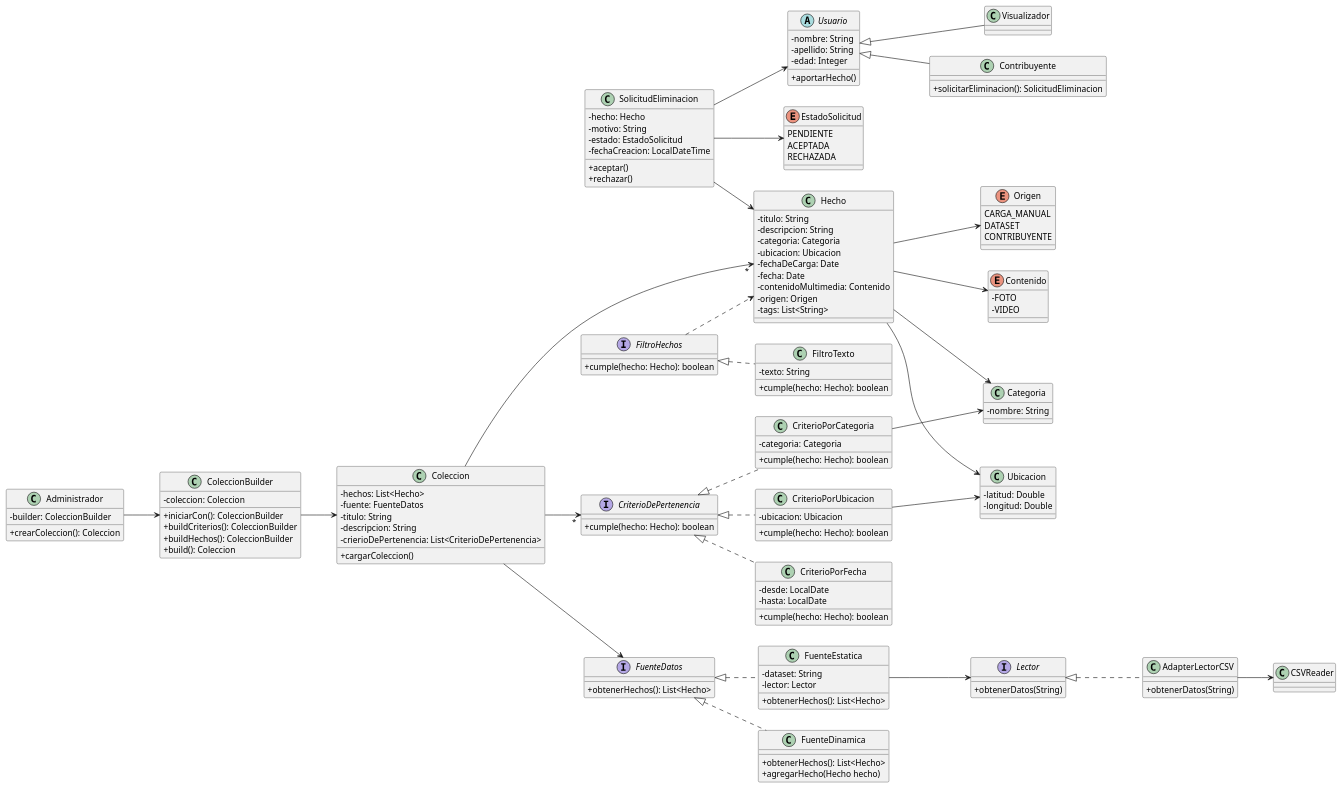
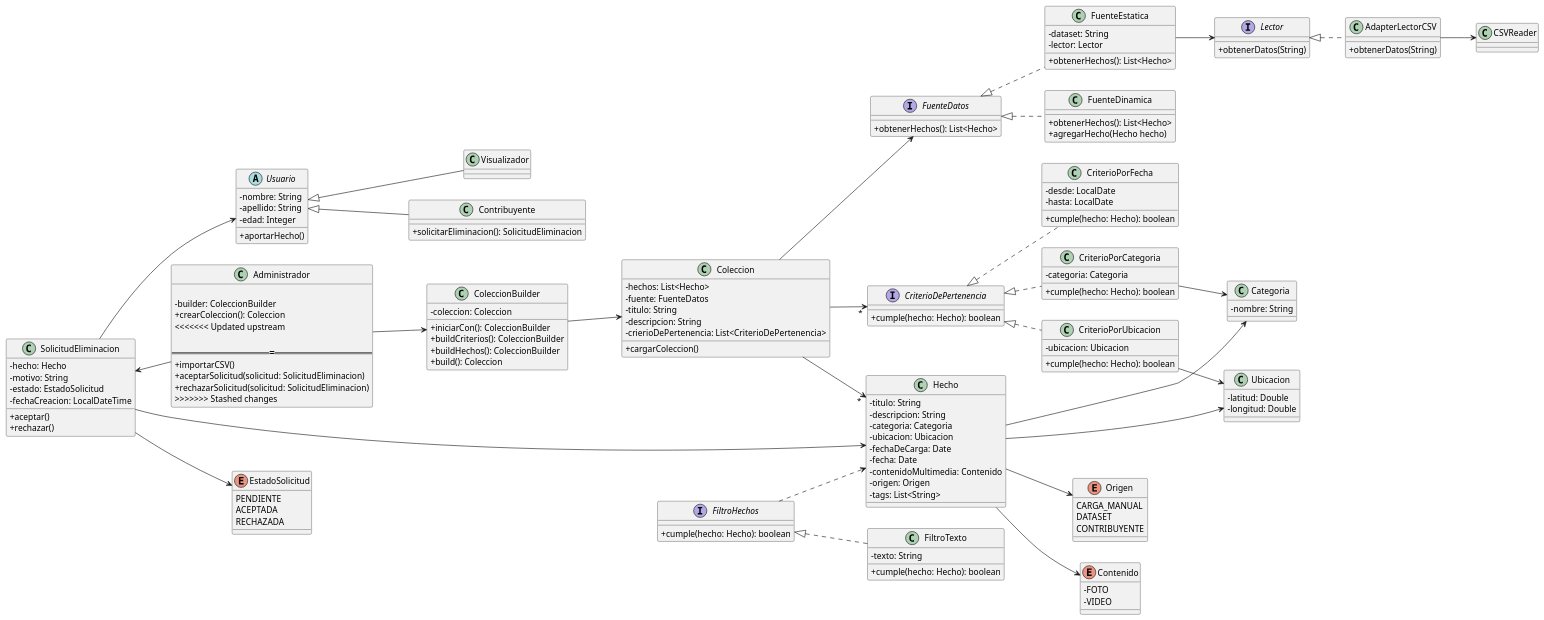
One commit to nicofernandez17/backend-arquitectura-limpia changed the diagram in Diagrams/DC_V3.puml. Above: the diagram before and after it, drawn with PlantUML. The commit also changed 5 other files, not shown here.

```diff
--- a/Diagrams/DC_V3.puml
+++ b/Diagrams/DC_V3.puml
@@ -1,187 +1,193 @@
 @startuml
 left to right direction
 skinparam classAttributeIconSize 0
 
 '---------------------- Usuarios ----------------------
 abstract class Usuario {
     -nombre: String
     -apellido: String
     -edad: Integer
     +aportarHecho()
 }
 
 class Visualizador extends Usuario {
 
 }
 
 class Contribuyente extends Usuario {
     +solicitarEliminacion(): SolicitudEliminacion
 }
 
 class Administrador {
 
     -builder: ColeccionBuilder
     +crearColeccion(): Coleccion
+<<<<<<< Updated upstream
 
+=======
+    +importarCSV()
+    +aceptarSolicitud(solicitud: SolicitudEliminacion)
+    +rechazarSolicitud(solicitud: SolicitudEliminacion)
+>>>>>>> Stashed changes
 }
 
 
 Administrador --> ColeccionBuilder
 ColeccionBuilder --> Coleccion
 
 
 
 '---------------------- Solicitud Eliminación ----------------------
 class SolicitudEliminacion {
     -hecho: Hecho
     -motivo: String
     -estado: EstadoSolicitud
     -fechaCreacion: LocalDateTime
 
     +aceptar()
     +rechazar()
 }
 
 enum EstadoSolicitud {
     PENDIENTE
     ACEPTADA
     RECHAZADA
 }
 
 SolicitudEliminacion --> Usuario
 SolicitudEliminacion --> Hecho
 SolicitudEliminacion --> EstadoSolicitud
-
+SolicitudEliminacion <-- Administrador
 
 '---------------------- Colecciones ----------------------
 class Coleccion {
     -hechos: List<Hecho>
     -fuente: FuenteDatos
     -titulo: String
     -descripcion: String
     -crierioDePertenencia: List<CriterioDePertenencia>
 
     +cargarColeccion()
 
 }
 
 class ColeccionBuilder {
 
     -coleccion: Coleccion
     +iniciarCon(): ColeccionBuilder
     +buildCriterios(): ColeccionBuilder
     +buildHechos(): ColeccionBuilder
     +build(): Coleccion
 
 }
 
 interface CriterioDePertenencia {
     +cumple(hecho: Hecho): boolean
 }
 
 class CriterioPorUbicacion implements CriterioDePertenencia {
     -ubicacion: Ubicacion
     +cumple(hecho: Hecho): boolean
 }
 
 class CriterioPorFecha implements CriterioDePertenencia {
     -desde: LocalDate
     -hasta: LocalDate
     +cumple(hecho: Hecho): boolean
 }
 
 class CriterioPorCategoria implements CriterioDePertenencia {
     -categoria: Categoria
     +cumple(hecho: Hecho): boolean
 }
 
 Coleccion --> "*" Hecho
 Coleccion --> FuenteDatos
 Coleccion --> "*" CriterioDePertenencia
 CriterioPorCategoria --> Categoria
 CriterioPorUbicacion --> Ubicacion
 
 '---------------------- Hechos ----------------------
 class Hecho {
     -titulo: String
     -descripcion: String
     -categoria: Categoria
     -ubicacion: Ubicacion
     -fechaDeCarga: Date
     -fecha: Date
     -contenidoMultimedia: Contenido
     -origen: Origen
     -tags: List<String>
 }
 
 class Categoria {
     -nombre: String
 }
 
 enum Origen {
     CARGA_MANUAL
     DATASET
     CONTRIBUYENTE
 }
 
 class Ubicacion {
     -latitud: Double
     -longitud: Double
 }
 
 enum Contenido {
     -FOTO
     -VIDEO
 }
 
 Hecho --> Categoria
 Hecho --> Ubicacion
 Hecho --> Origen
 Hecho --> Contenido
 
 '---------------------- Filtros de Hechos ----------------------
 interface FiltroHechos {
     +cumple(hecho: Hecho): boolean
 }
 
 class FiltroTexto implements FiltroHechos {
     -texto: String
     +cumple(hecho: Hecho): boolean
 }
 
 FiltroHechos ..> Hecho
 
 '---------------------- Fuentes de Datos ----------------------
 interface FuenteDatos {
     +obtenerHechos(): List<Hecho>
 }
 
 class FuenteEstatica implements FuenteDatos {
     -dataset: String
     -lector: Lector
     +obtenerHechos(): List<Hecho>
 }
 
 class FuenteDinamica implements FuenteDatos {
     +obtenerHechos(): List<Hecho>
     + agregarHecho(Hecho hecho)
 }
 
 FuenteEstatica --> Lector
 
 '---------------------- Lectores ----------------------
 interface Lector {
     +obtenerDatos(String)
 }
 
 class AdapterLectorCSV implements Lector {
 
     +obtenerDatos(String)
 }
 
 class CSVReader {
 
 }
 AdapterLectorCSV --> CSVReader
 
 @enduml
```
